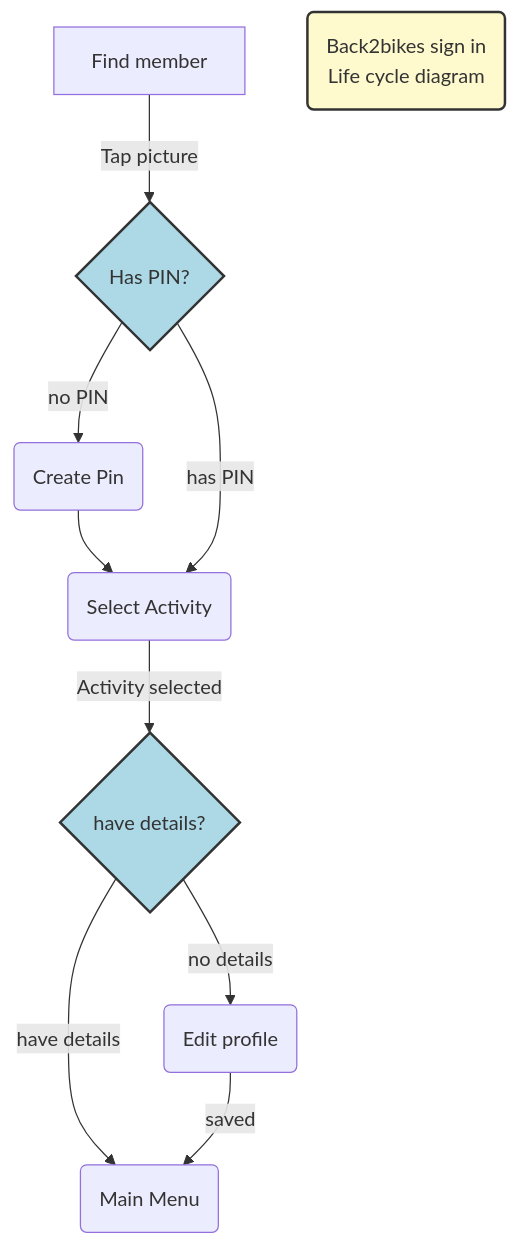
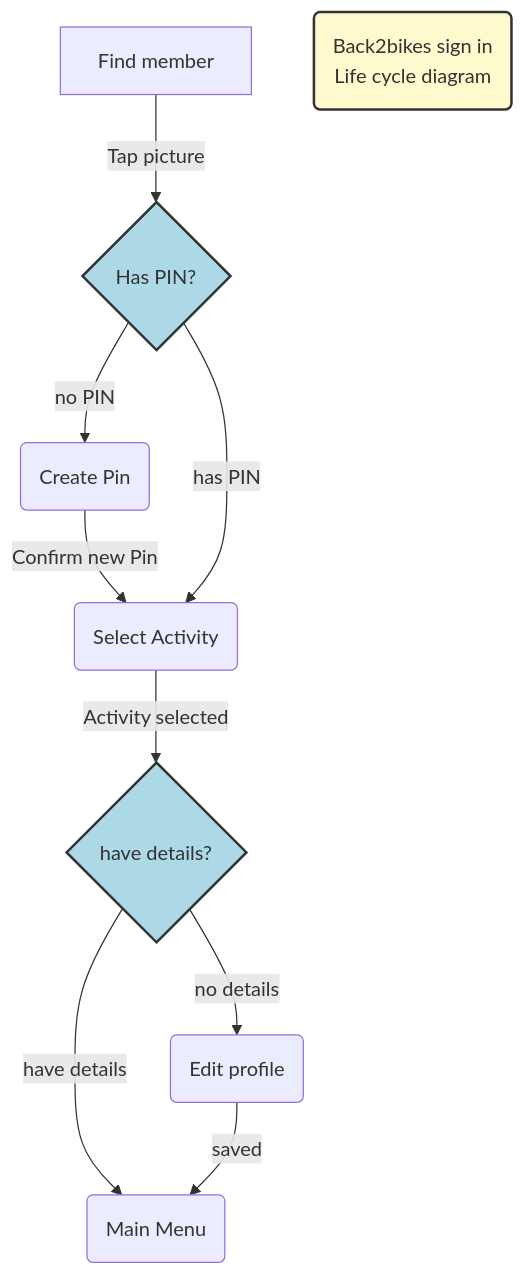
One commit to Back2Dev/attendance changed the diagram in docs/design/login-flow.md. Above: the diagram before and after it, drawn with Mermaid. The commit also changed other lines of this file, not shown here.

Commit message:
docs/design/login-flow.md updated from https://stackedit.io/

````diff
--- a/docs/design/login-flow.md
+++ b/docs/design/login-flow.md
@@ -3,18 +3,18 @@
 ```mermaid
 graph TD
 classDef green fill:#9f6,stroke:#333,stroke-width:2px
 class A green
 AA[Find member] -- Tap picture --> HASPIN{Has PIN?}
 HASPIN -- no PIN --> CP(Create Pin)
-CP --> SELECT(Select Activity)
+CP -- Confirm new Pin--> SELECT(Select Activity)
 SELECT -- Activity selected --> HASDETAILS{have details?}
 HASDETAILS -- have details --> RETURN(Main Menu)
 HASDETAILS -- no details --> EDIT(Edit profile)
 HASPIN -- has PIN --> SELECT
 EDIT -- saved --> RETURN
 LEGEND(Back2bikes sign in<br>Life cycle diagram)
 
 style LEGEND fill:lemonchiffon,stroke:#333,stroke-width:2px
 style HASPIN fill:lightblue,stroke:#333,stroke-width:2px
 style HASDETAILS fill:lightblue,stroke:#333,stroke-width:2px
 ```
````
